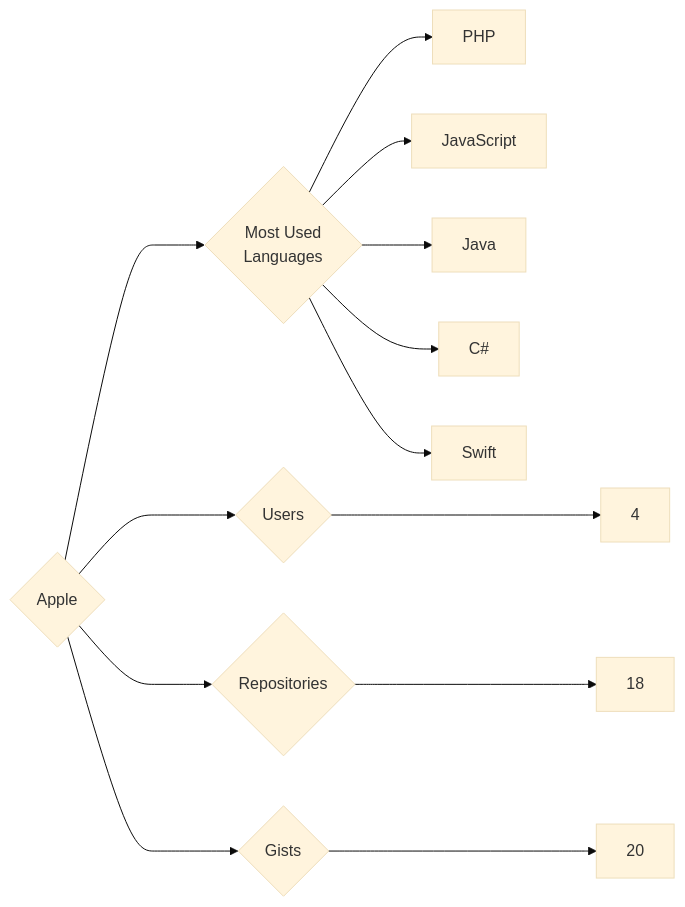
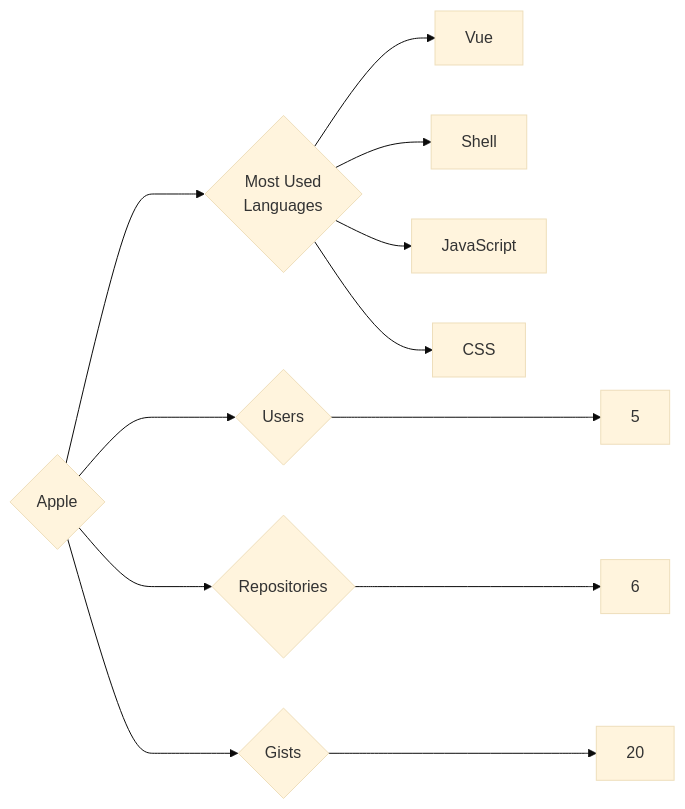
Before and after one commit to trickest/insiders: the diagram in targets/Apple/README.md, drawn with Mermaid (base theme). The commit also changed 1007 other files, not shown here.

````diff
--- a/targets/Apple/README.md
+++ b/targets/Apple/README.md
@@ -3,13 +3,12 @@
 ```mermaid
 graph LR
 COMPANY_NAME{Apple}
-COMPANY_NAME ---> U{Users} ---> UN[4]
-COMPANY_NAME ---> R{Repositories} ---> RN[18]
+COMPANY_NAME ---> U{Users} ---> UN[5]
+COMPANY_NAME ---> R{Repositories} ---> RN[6]
 COMPANY_NAME ---> G{Gists} ---> GN[20]
 COMPANY_NAME ---> ML{Most Used<br>Languages}
-ML --> PHP[PHP]
+ML --> Vue[Vue]
+ML --> Shell[Shell]
 ML --> JavaScript[JavaScript]
-ML --> Java[Java]
-ML --> C#[C#]
-ML --> Swift[Swift]
+ML --> CSS[CSS]
 ```
````
